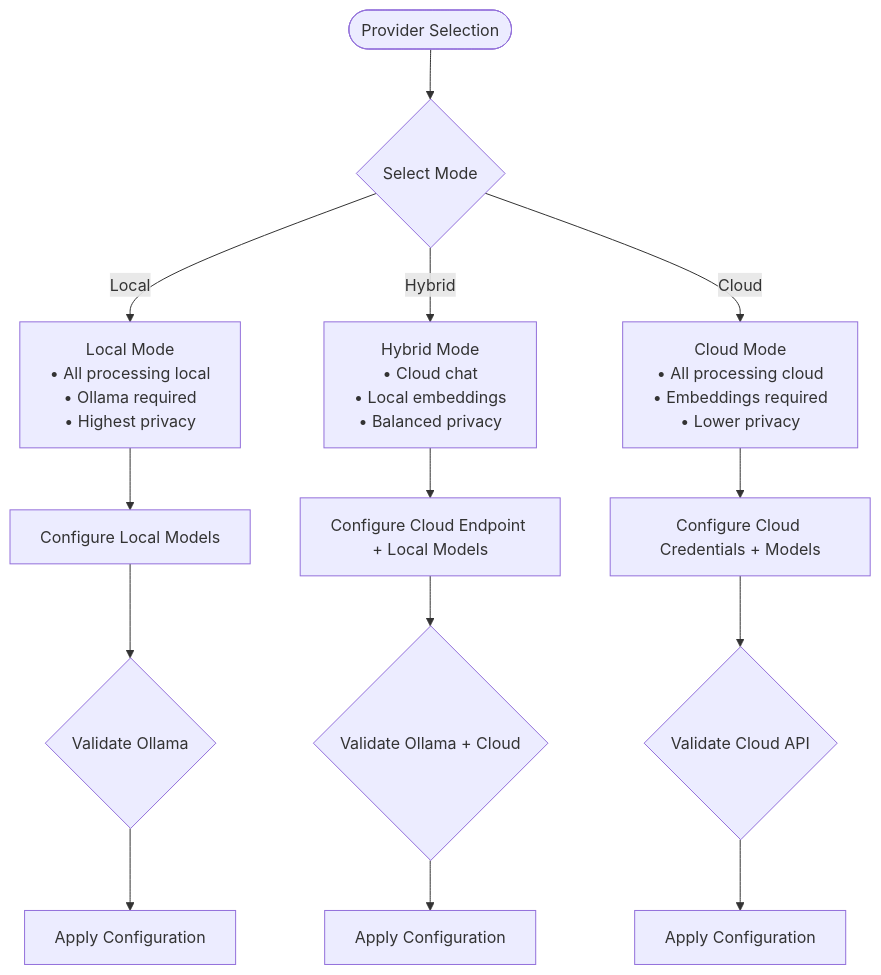
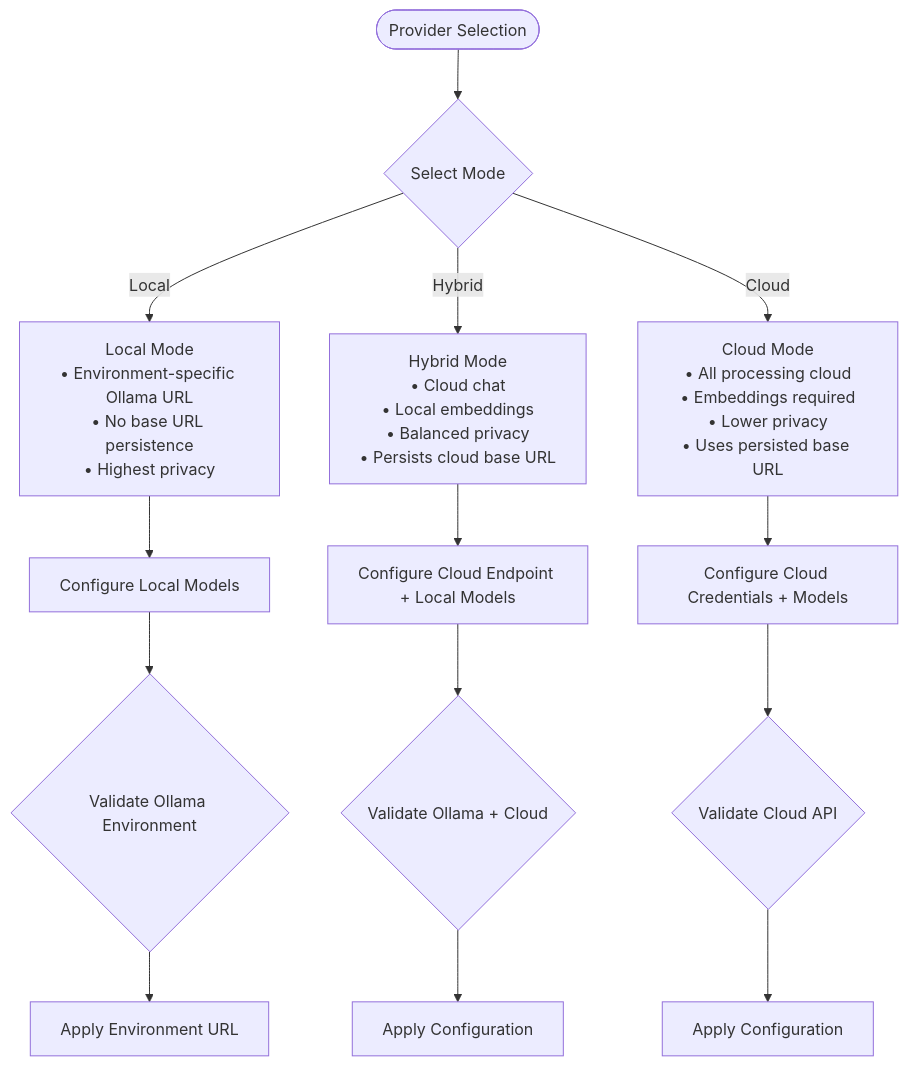
The second of 9 diagrams in .qoder/repowiki/en/content/Backend Development/Runtime Configuration System/Provider Settings Management.md (genes8/private-ai), drawn with Mermaid before and after one commit. The commit also changed other lines of this file and 36 other files, not shown here.

````diff
--- a/.qoder/repowiki/en/content/Backend Development/Runtime Configuration System/Provider Settings Management.md
+++ b/.qoder/repowiki/en/content/Backend Development/Runtime Configuration System/Provider Settings Management.md
@@ -107,16 +120,16 @@
 ```mermaid
 flowchart TD
 Start([Provider Selection]) --> Mode{"Select Mode"}
-Mode --> |Local| Local[Local Mode<br/>• All processing local<br/>• Ollama required<br/>• Highest privacy]
-Mode --> |Hybrid| Hybrid[Hybrid Mode<br/>• Cloud chat<br/>• Local embeddings<br/>• Balanced privacy]
-Mode --> |Cloud| Cloud[Cloud Mode<br/>• All processing cloud<br/>• Embeddings required<br/>• Lower privacy]
+Mode --> |Local| Local[Local Mode<br/>• Environment-specific Ollama URL<br/>• No base URL persistence<br/>• Highest privacy]
+Mode --> |Hybrid| Hybrid[Hybrid Mode<br/>• Cloud chat<br/>• Local embeddings<br/>• Balanced privacy<br/>• Persists cloud base URL]
+Mode --> |Cloud| Cloud[Cloud Mode<br/>• All processing cloud<br/>• Embeddings required<br/>• Lower privacy<br/>• Uses persisted base URL]
 Local --> LocalConfig[Configure Local Models]
 Hybrid --> HybridConfig[Configure Cloud Endpoint + Local Models]
 Cloud --> CloudConfig[Configure Cloud Credentials + Models]
-LocalConfig --> ValidateLocal{Validate Ollama}
+LocalConfig --> ValidateLocal{Validate Ollama Environment}
 HybridConfig --> ValidateHybrid{Validate Ollama + Cloud}
 CloudConfig --> ValidateCloud{Validate Cloud API}
-ValidateLocal --> ApplyLocal[Apply Configuration]
+ValidateLocal --> ApplyLocal[Apply Environment URL]
 ValidateHybrid --> ApplyHybrid[Apply Configuration]
 ValidateCloud --> ApplyCloud[Apply Configuration]
 ```
````
